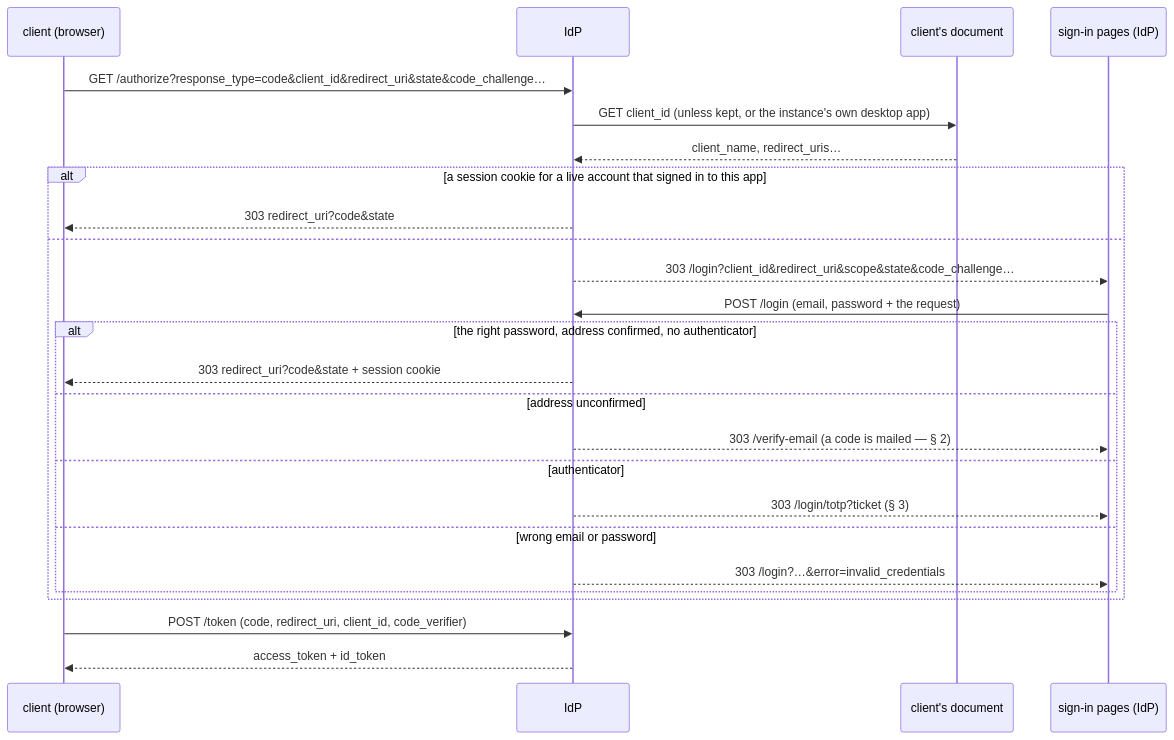
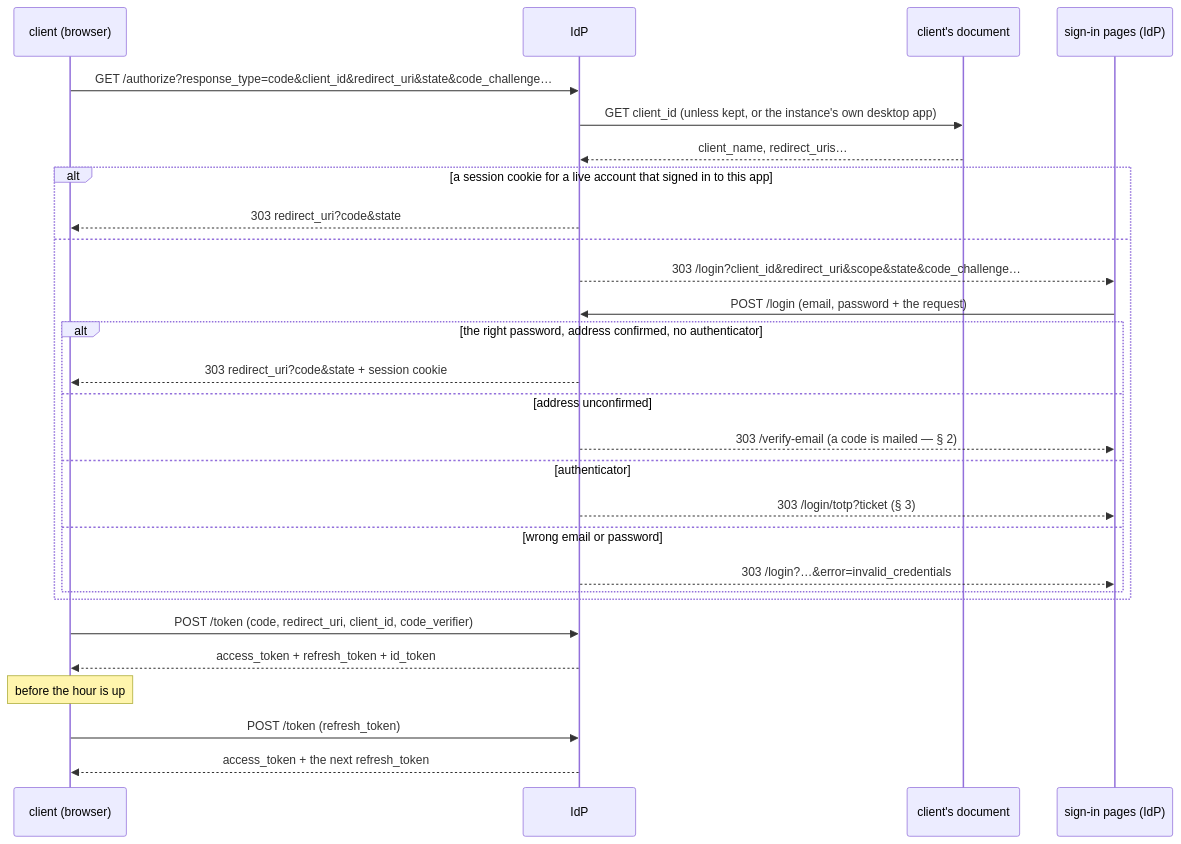
Before and after one commit to Pina-i/pinai: the first of 4 diagrams in identity-provider/specs/auth.md, drawn with Mermaid. The commit also changed other lines of this file and 68 other files, not shown here.

Commit message:
New session policy - 13b - refresh token impl. Need 13c to complete

````diff
--- a/identity-provider/specs/auth.md
+++ b/identity-provider/specs/auth.md
@@ -11,28 +11,31 @@
 ```mermaid
 sequenceDiagram
     participant C as client (browser)
     participant I as IdP
     participant D as client's document
     participant P as sign-in pages (IdP)
 
     C->>I: GET /authorize?response_type=code&client_id&redirect_uri&state&code_challenge…
     I->>D: GET client_id (unless kept, or the instance's own desktop app)
     D-->>I: client_name, redirect_uris…
     alt a session cookie for a live account that signed in to this app
         I-->>C: 303 redirect_uri?code&state
     else
         I-->>P: 303 /login?client_id&redirect_uri&scope&state&code_challenge…
         P->>I: POST /login (email, password + the request)
         alt the right password, address confirmed, no authenticator
             I-->>C: 303 redirect_uri?code&state + session cookie
         else address unconfirmed
             I-->>P: 303 /verify-email (a code is mailed — § 2)
         else authenticator
             I-->>P: 303 /login/totp?ticket (§ 3)
         else wrong email or password
             I-->>P: 303 /login?…&error=invalid_credentials
         end
     end
     C->>I: POST /token (code, redirect_uri, client_id, code_verifier)
-    I-->>C: access_token + id_token
+    I-->>C: access_token + refresh_token + id_token
+    Note over C: before the hour is up
+    C->>I: POST /token (refresh_token)
+    I-->>C: access_token + the next refresh_token
 ```
````
